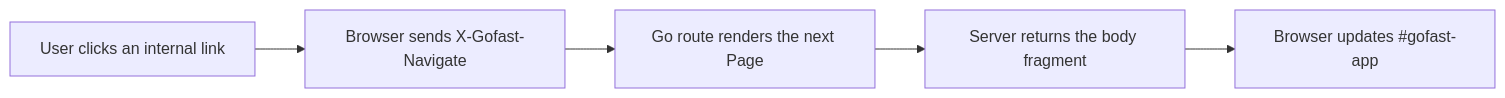
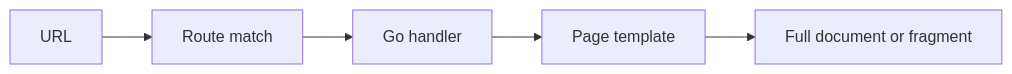
One commit to EzekielRiv1/gofast changed the diagram in docs/docs/intro.md. Above: the diagram before and after it, drawn with Mermaid. The commit also changed other lines of this file and 11 other files, not shown here.

````diff
--- a/docs/docs/intro.md
+++ b/docs/docs/intro.md
@@ -61,7 +48,7 @@
 ```mermaid
 flowchart LR
-  A["User clicks an internal link"] --> B["Browser sends X-Gofast-Navigate"]
-  B --> C["Go route renders the next Page"]
-  C --> D["Server returns the body fragment"]
-  D --> E["Browser updates #gofast-app"]
+  A["URL"] --> B["Route match"]
+  B --> C["Go handler"]
+  C --> D["Page template"]
+  D --> E["Full document or fragment"]
 ```
````
